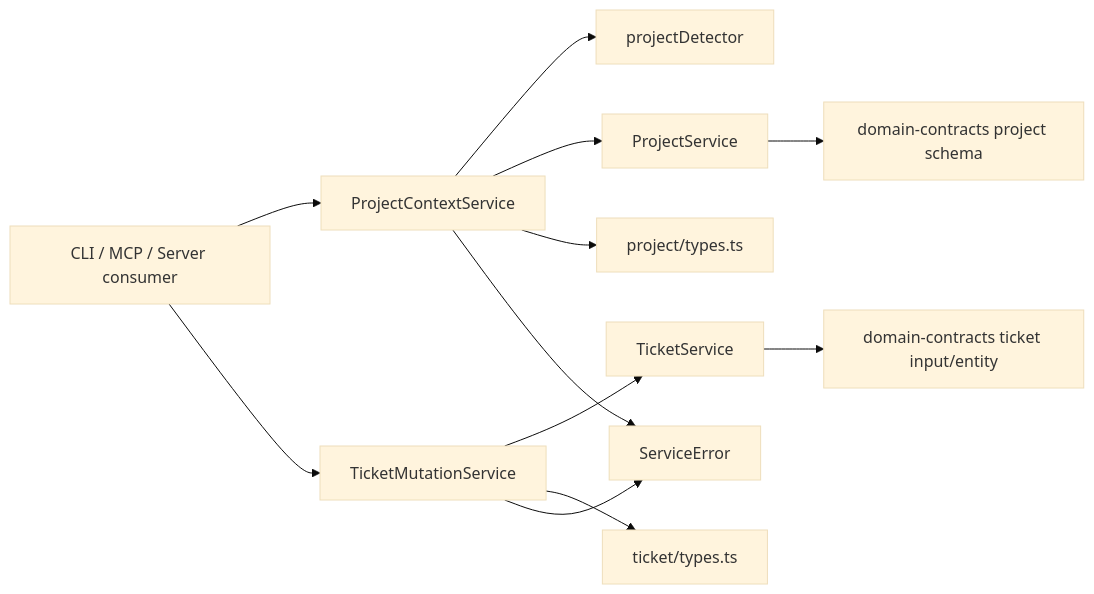
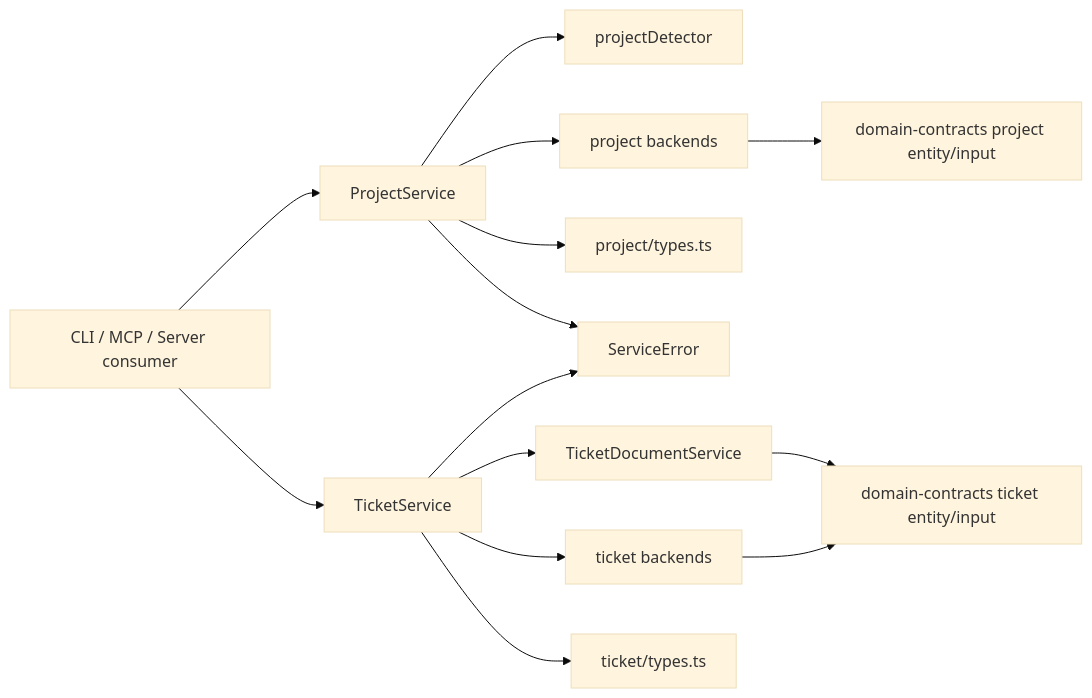
One commit to andkirby/markdown-ticket changed the diagram in docs/CRs/MDT-145/architecture.md. Above: the diagram before and after it, drawn with Mermaid (base theme). The commit also changed other lines of this file and 6 other files, not shown here.

Commit message:
docs(MDT-145): refine shared service contracts

````diff
--- a/docs/CRs/MDT-145/architecture.md
+++ b/docs/CRs/MDT-145/architecture.md
@@ -61,18 +306,19 @@
 ```mermaid
 flowchart LR
-    CONSUMER["CLI / MCP / Server consumer"] --> CTX["ProjectContextService"]
-    CONSUMER --> MUT["TicketMutationService"]
+    CONSUMER["CLI / MCP / Server consumer"] --> PROJ["ProjectService"]
+    CONSUMER --> TICKET["TicketService"]
 
-    CTX --> DET["projectDetector"]
-    CTX --> PS["ProjectService"]
+    PROJ --> DET["projectDetector"]
+    PROJ --> PBACK["project backends"]
+    PROJ --> PT["project/types.ts"]
+    PROJ --> ERR["ServiceError"]
 
-    MUT --> TS["TicketService"]
-    MUT --> TT["ticket/types.ts"]
-    MUT --> ERR["ServiceError"]
+    TICKET --> TDOC["TicketDocumentService"]
+    TICKET --> TBACK["ticket backends"]
+    TICKET --> TT["ticket/types.ts"]
+    TICKET --> ERR
 
-    CTX --> PT["project/types.ts"]
-    CTX --> ERR
-
-    PS --> DC["domain-contracts project schema"]
-    TS --> DT["domain-contracts ticket input/entity"]
+    PBACK --> DC["domain-contracts project entity/input"]
+    TDOC --> DT["domain-contracts ticket entity/input"]
+    TBACK --> DT
 ```
````
